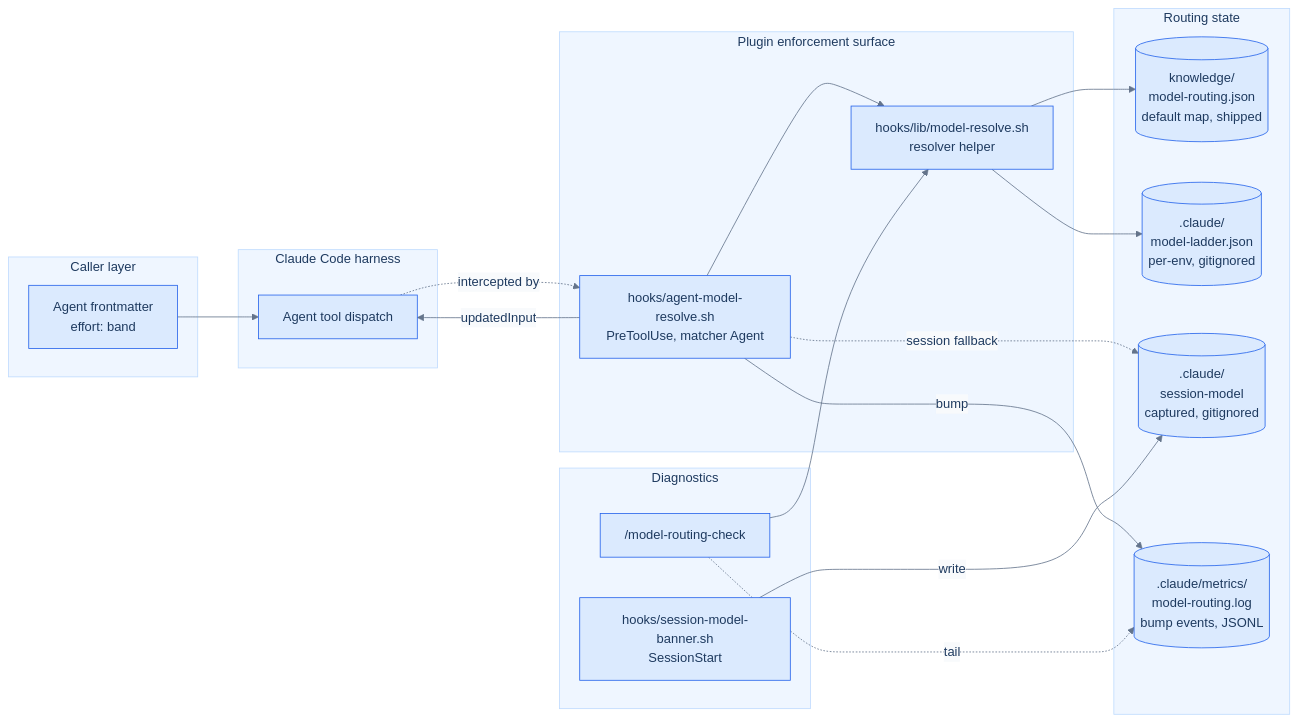
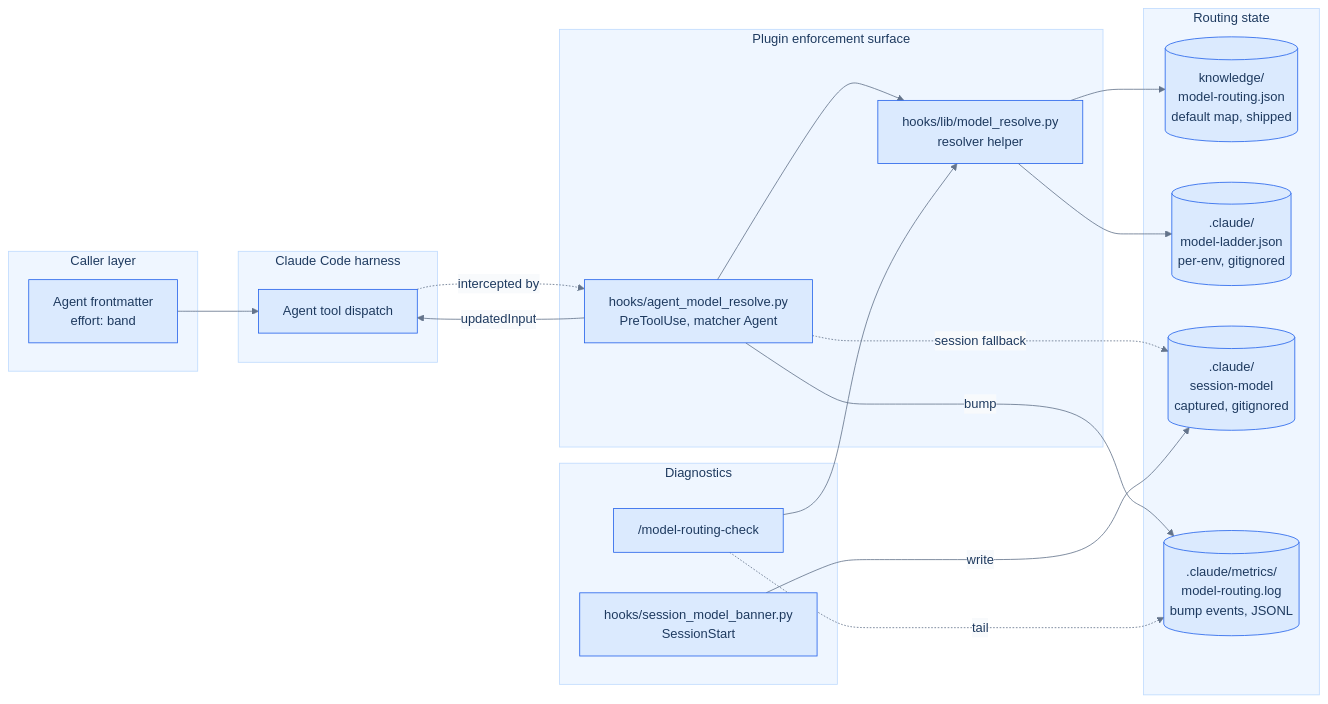
One commit to bdfinst/agentic-dev-team changed the first of 2 diagrams in plugins/dev-team/docs/model-routing.md. Above: the diagram before and after it, drawn with Mermaid. The commit also changed other lines of this file and 510 other files, not shown here.

````diff
--- a/plugins/dev-team/docs/model-routing.md
+++ b/plugins/dev-team/docs/model-routing.md
@@ -17,40 +17,40 @@
 ```mermaid
 %%{init: {'theme': 'base', 'themeVariables': {'primaryColor': '#dbeafe', 'primaryTextColor': '#1e3a5f', 'primaryBorderColor': '#3b82f6', 'lineColor': '#64748b', 'secondaryColor': '#f1f5f9', 'tertiaryColor': '#e0f2fe', 'background': '#ffffff', 'mainBkg': '#dbeafe', 'nodeBorder': '#2563eb', 'clusterBkg': '#eff6ff', 'clusterBorder': '#bfdbfe', 'titleColor': '#1e3a5f', 'edgeLabelBackground': '#f8fafc'}}}%%
 flowchart LR
     subgraph caller[Caller layer]
         AF[Agent frontmatter<br/>effort: band]
     end
 
     subgraph harness[Claude Code harness]
         AT[Agent tool dispatch]
     end
 
     subgraph plugin[Plugin enforcement surface]
-        HK[hooks/agent-model-resolve.sh<br/>PreToolUse, matcher Agent]
-        RS[hooks/lib/model-resolve.sh<br/>resolver helper]
+        HK[hooks/agent_model_resolve.py<br/>PreToolUse, matcher Agent]
+        RS[hooks/lib/model_resolve.py<br/>resolver helper]
     end
 
     subgraph state[Routing state]
         RJ[(knowledge/<br/>model-routing.json<br/>default map, shipped)]
         LD[(.claude/<br/>model-ladder.json<br/>per-env, gitignored)]
         SM[(.claude/<br/>session-model<br/>captured, gitignored)]
         BL[(.claude/metrics/<br/>model-routing.log<br/>bump events, JSONL)]
     end
 
     subgraph diag[Diagnostics]
         MRC["/model-routing-check"]
-        SB["hooks/session-model-banner.sh<br/>SessionStart"]
+        SB["hooks/session_model_banner.py<br/>SessionStart"]
     end
 
     AF --> AT
     AT -.intercepted by.-> HK
     HK --> RS
     RS --> RJ
     RS --> LD
     HK -. session fallback .-> SM
     HK -- bump --> BL
     HK -- updatedInput --> AT
     MRC --> RS
     MRC -. tail .-> BL
     SB -- write --> SM
 ```
````
